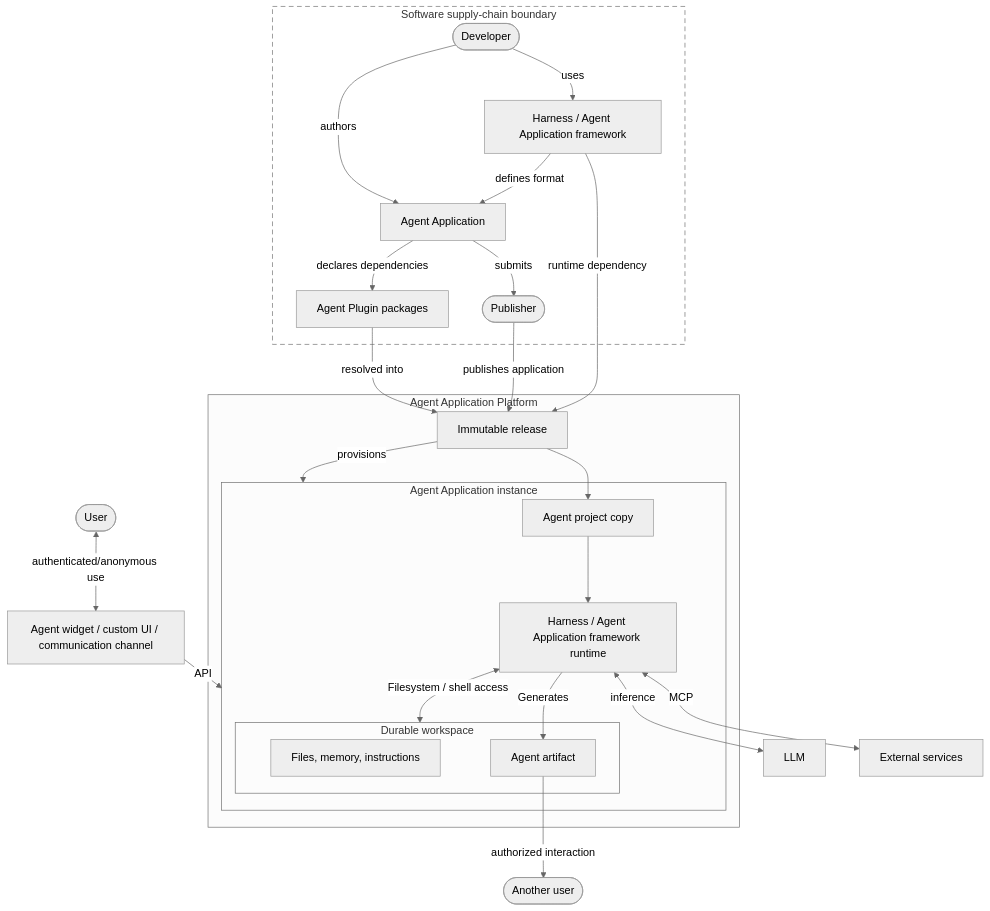
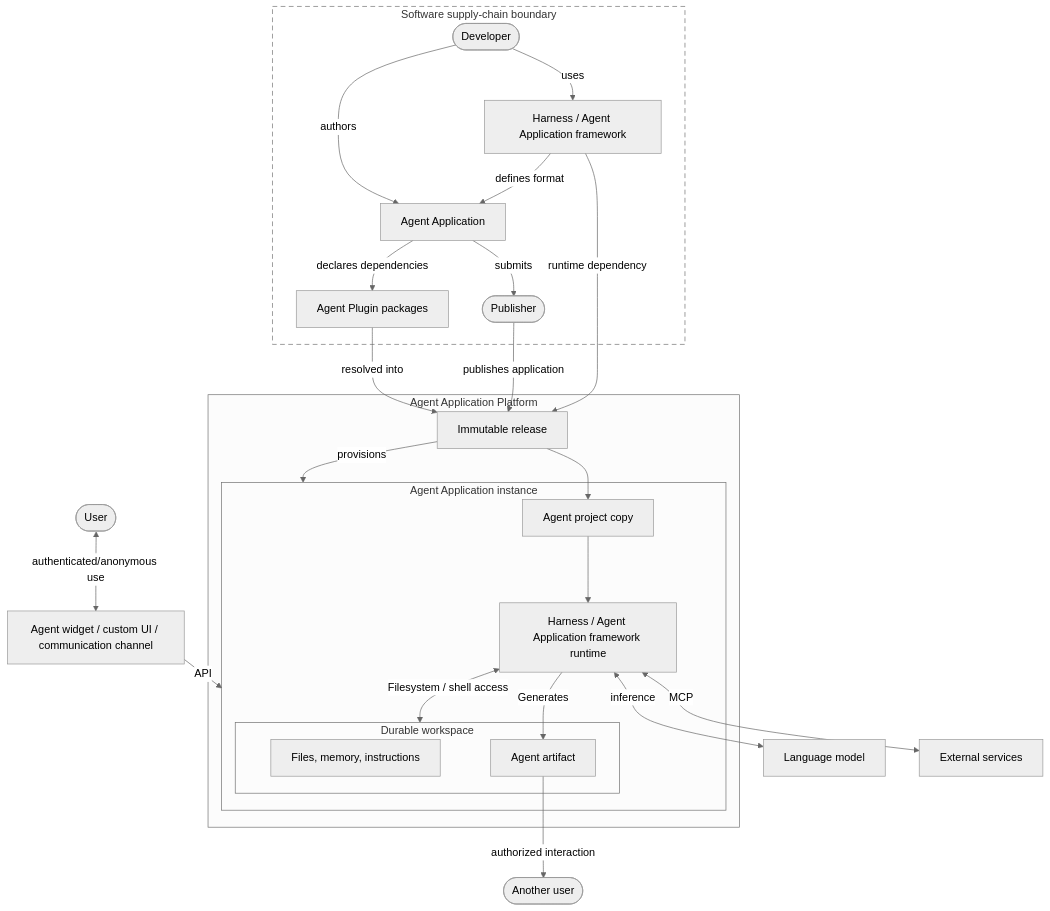
One commit to agentapplication/agentapplication changed the diagram in docs/paper.mdx. Above: the diagram before and after it, drawn with Mermaid (neutral theme). The commit also changed other lines of this file and 1 other file, not shown here.

````diff
--- a/docs/paper.mdx
+++ b/docs/paper.mdx
@@ -49,47 +65,47 @@
 ```mermaid placement="top-right"
 ---
 config:
   layout: dagre
 ---
 flowchart TB
       subgraph SupplyChain["Software supply-chain boundary"]
             Developer(["Developer"])
             Framework["Harness / Agent Application framework"]
             Application["Agent Application"]
             Plugins["Agent Plugin packages"]
             Publisher(["Publisher"])
       end
       subgraph Workspace["Durable workspace"]
             State["Files, memory, instructions"]
             Artifact["Agent artifact"]
       end
       subgraph Instance["Agent Application instance"]
             Process["Harness / Agent Application framework runtime"]
             ProjectCopy["Agent project copy"]
             Workspace
       end
       subgraph Platform["Agent Application Platform"]
             Release["Immutable release"]
             Instance
       end
 
       Developer -- uses --> Framework
       Developer -- authors --> Application
       Framework -- defines format --> Application
       Application -- declares dependencies --> Plugins
       Application -- submits --> Publisher
       Plugins -- resolved into --> Release
       Release -- provisions --> Instance
       Publisher -- publishes application --> Release
       Framework -- runtime dependency --> Release
-      Process <-- inference --> LLM["LLM"]
+      Process <-- inference --> LLM["Language model"]
       User(["User"]) <-- authenticated/anonymous use --> UI["Agent widget / custom UI / communication channel"] -- API --> Instance
       Artifact -- authorized interaction --> OtherUser(["Another user"])
       Process <-- MCP --> External["External services"]
       Process <-- Filesystem / shell access --> Workspace
       Process -- Generates --> Artifact
       Release --> ProjectCopy
       ProjectCopy --> Process
 
       style SupplyChain fill:transparent,stroke-dasharray:7 5
 ```
````
